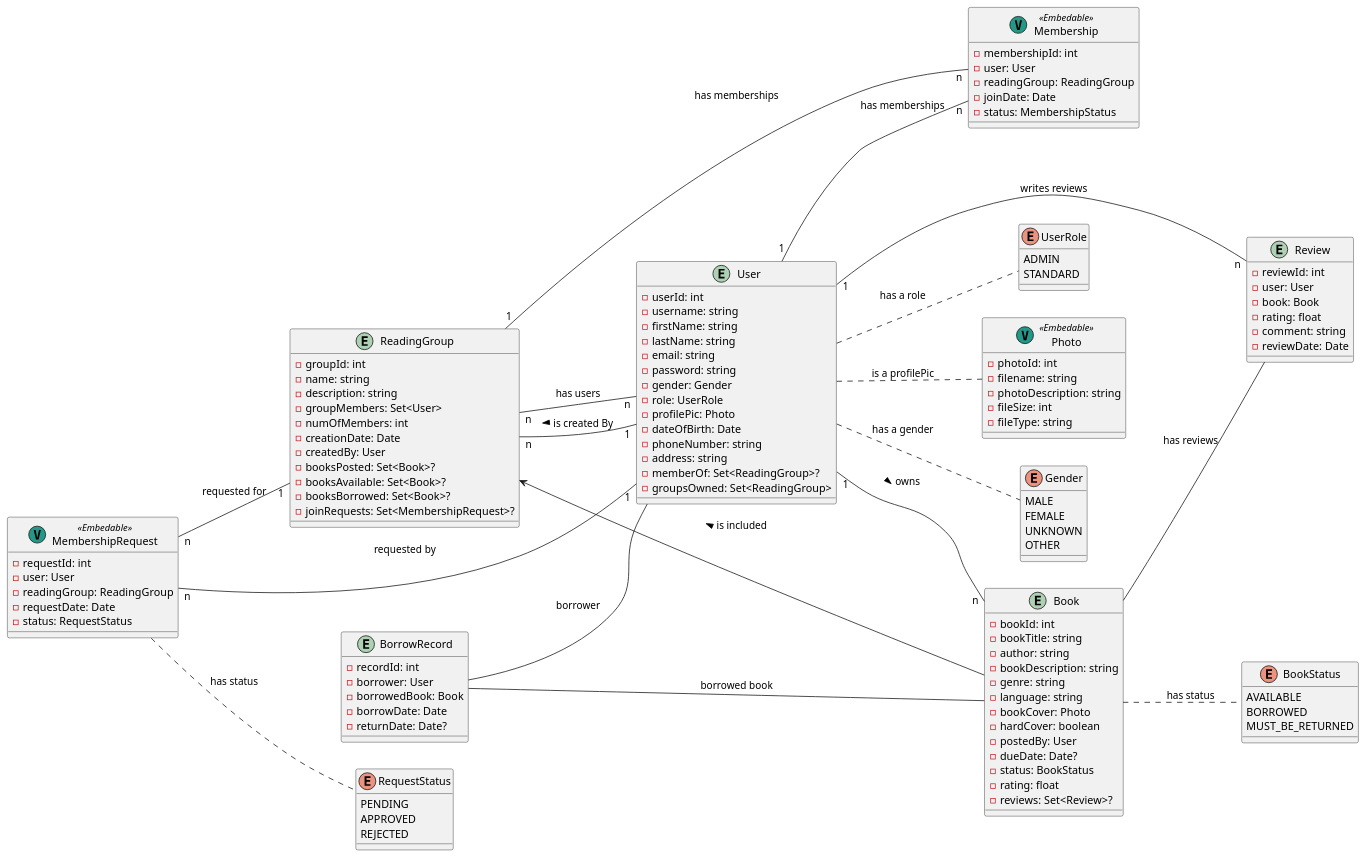
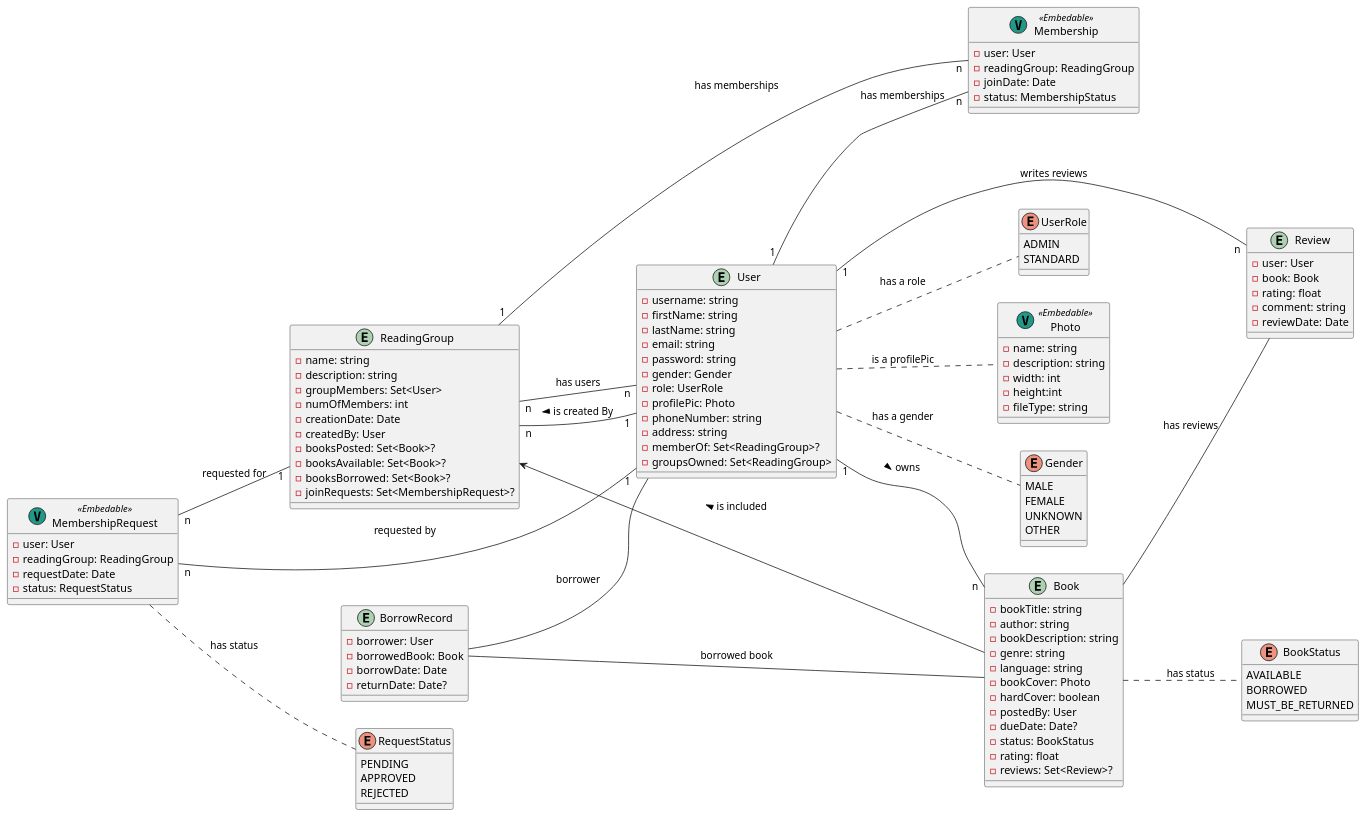
Before and after one commit to magdalinamihova/temp1: the diagram in src/main/plantuml/pos-project.puml, drawn with PlantUML. The commit also changed 13 other files, not shown here.

```diff
--- a/src/main/plantuml/pos-project.puml
+++ b/src/main/plantuml/pos-project.puml
@@ -1,135 +1,127 @@
 @startuml
 
 left to right direction
 
 enum UserRole {
   ADMIN
   STANDARD
 }
 
 entity BorrowRecord {
-  -recordId: int
   -borrower: User
   -borrowedBook: Book
   -borrowDate: Date
   -returnDate: Date?
 }
 
 entity Review {
-  -reviewId: int
   -user: User
   -book: Book
   -rating: float
   -comment: string
   -reviewDate: Date
 }
 
 enum RequestStatus {
   PENDING
   APPROVED
   REJECTED
 }
 
 entity Book {
-  -bookId: int
   -bookTitle: string
   -author: string
   -bookDescription: string
   -genre: string
   - language: string
   -bookCover: Photo
   -hardCover: boolean
   -postedBy: User
   -dueDate: Date?
   -status: BookStatus
   -rating: float
   -reviews: Set<Review>?
 }
 
 entity User {
-  -userId: int
   -username: string
   -firstName: string
   -lastName: string
   -email: string
   -password: string
   -gender: Gender
   -role: UserRole
   -profilePic: Photo
-  -dateOfBirth: Date
   -phoneNumber: string
   -address: string
   -memberOf: Set<ReadingGroup>?
   -groupsOwned: Set<ReadingGroup>
 }
 
 entity ReadingGroup {
-  -groupId: int
   -name: string
   -description: string
   -groupMembers: Set<User>
   -numOfMembers: int
   -creationDate: Date
   -createdBy: User
   -booksPosted: Set<Book>?
   -booksAvailable: Set<Book>?
   -booksBorrowed: Set<Book>?
   -joinRequests: Set<MembershipRequest>?
 }
 
 class MembershipRequest << (V,#229988) Embedable>> {
-  -requestId: int
   -user: User
   -readingGroup: ReadingGroup
   -requestDate: Date
   -status: RequestStatus
 }
 
 enum BookStatus {
   AVAILABLE
   BORROWED
   MUST_BE_RETURNED
 }
 
 enum Gender {
   MALE
   FEMALE
   UNKNOWN
   OTHER
 }
 
 class Membership << (V,#229988) Embedable>>{
-  -membershipId: int
   -user: User
   -readingGroup: ReadingGroup
   -joinDate: Date
   -status: MembershipStatus
 }
 
 class Photo << (V,#229988) Embedable>> {
-  -photoId: int
-  -filename: string
-  -photoDescription: string
-  -fileSize: int
+  -name: string
+  -description: string
+  -width: int
+  -height:int
   -fileType: string
 }
 
 User .. UserRole : has a role
 User .. Photo : is a profilePic
 User .. Gender : has a gender
 User "1" -- "n" Book : > owns
 ReadingGroup <-- Book : < is included
 ReadingGroup "n" -- "n" User : has users
 ReadingGroup "n" -- "1" User : < is created By
 BorrowRecord -- User : borrower
 BorrowRecord -- Book : borrowed book
 Book -- Review : has reviews
 User "1" -- "n" Review : writes reviews
 User "1" -- "n" Membership : has memberships
 ReadingGroup "1" -- "n" Membership : has memberships
 MembershipRequest "n" -- "1" User : requested by
 MembershipRequest "n" -- "1" ReadingGroup : requested for
 Book .. BookStatus : has status
 MembershipRequest .. RequestStatus : has status
 
 @enduml
```
